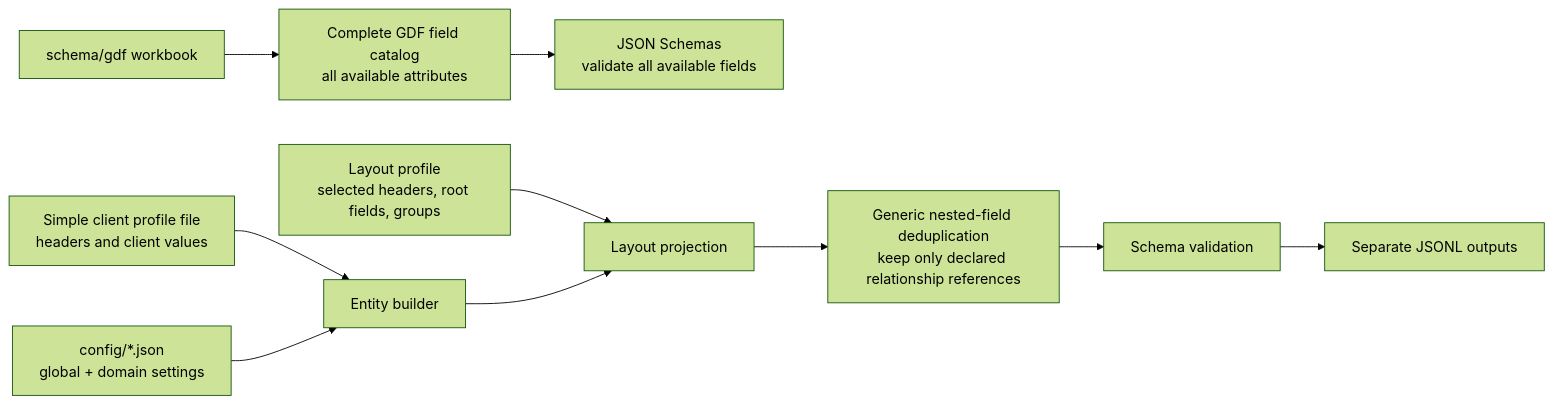
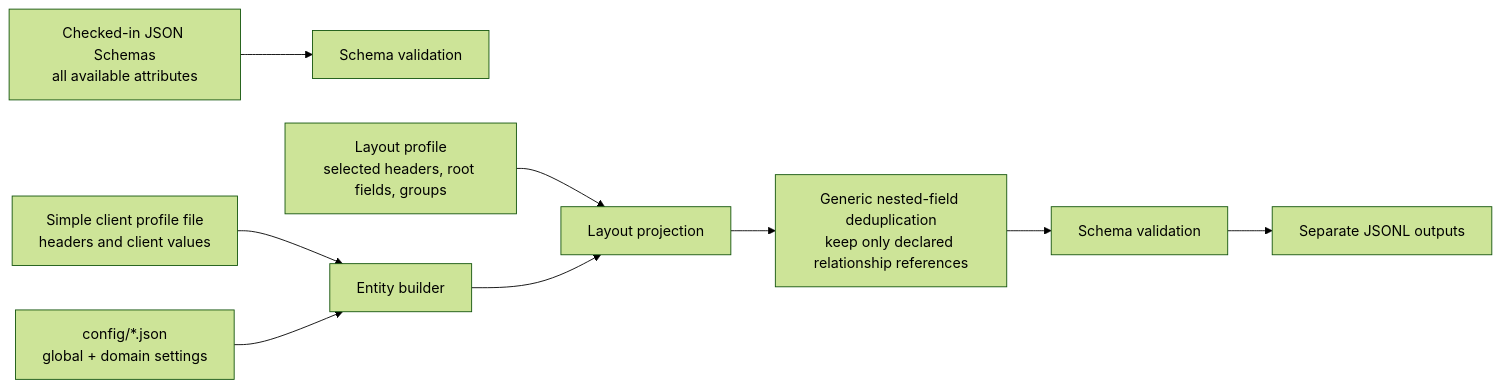
One commit to gaganpandey58/test-data-generator changed the diagram in README.md. Above: the diagram before and after it, drawn with Mermaid (forest theme). The commit also changed other lines of this file and 12 other files, not shown here.

First line of the commit message:
refactor: remove obsolete GDF schema extraction script and references

````diff
--- a/README.md
+++ b/README.md
@@ -28,12 +28,11 @@
 ```mermaid
 flowchart LR
-    A["schema/gdf workbook"] --> B["Complete GDF field catalog<br/>all available attributes"]
-    B --> C["JSON Schemas<br/>validate all available fields"]
+    A["Checked-in JSON Schemas<br/>all available attributes"] --> C["Schema validation"]
     D["Simple client profile file<br/>headers and client values"] --> F["Entity builder"]
     E["Layout profile<br/>selected headers, root fields, groups"] --> G["Layout projection"]
     F --> G
     G --> H["Generic nested-field deduplication<br/>keep only declared relationship references"]
     H --> I["Schema validation"]
     I --> J["Separate JSONL outputs"]
     K["config/*.json<br/>global + domain settings"] --> F
 ```
````
